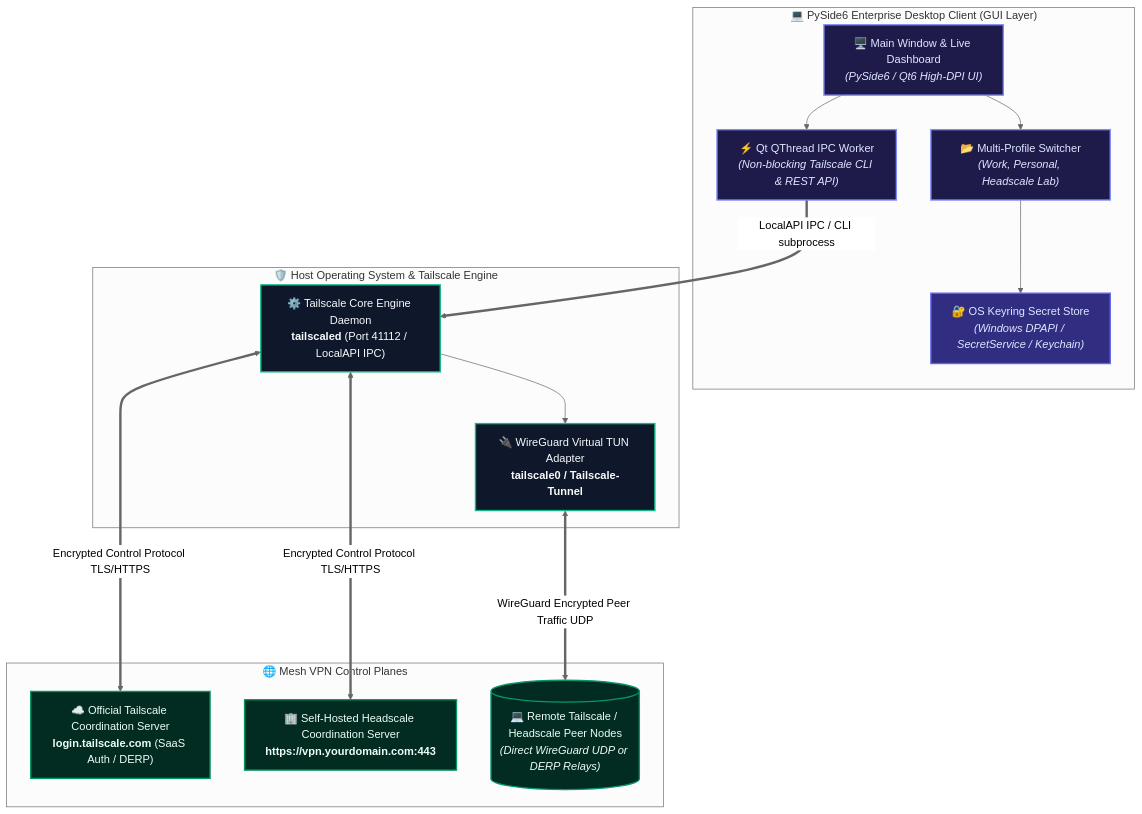
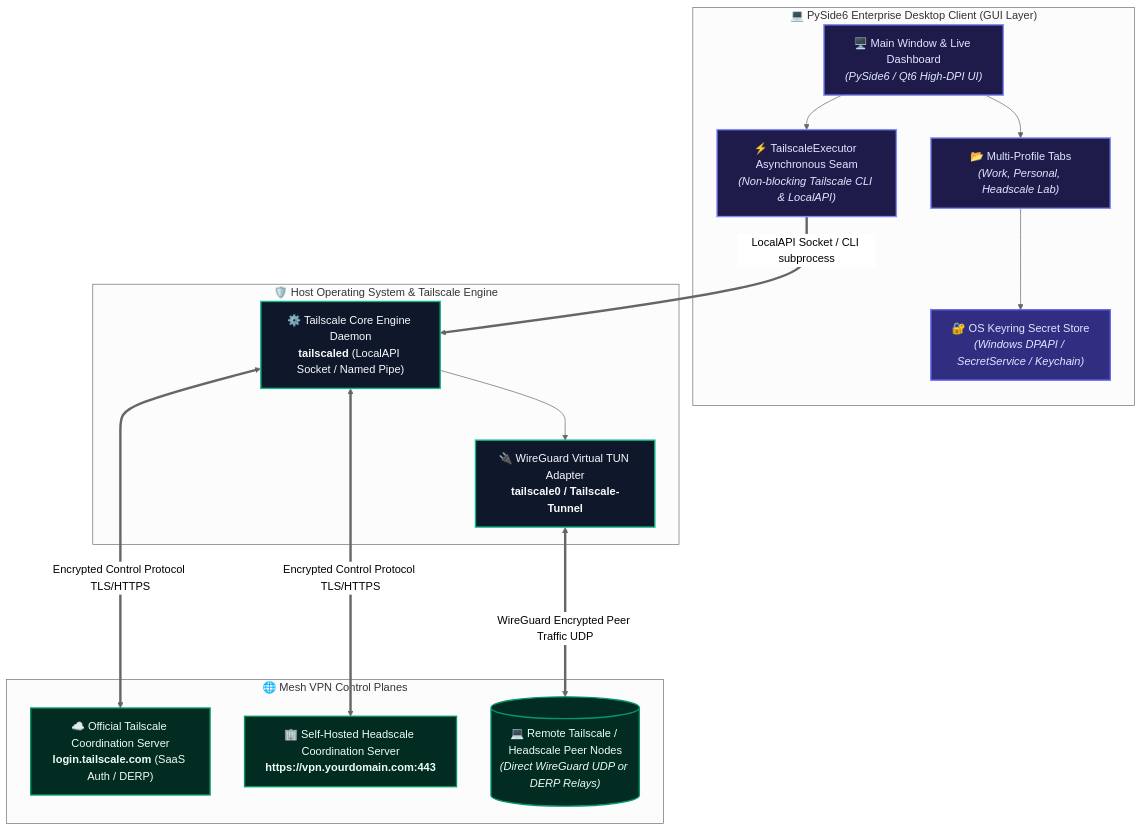
Before and after one commit to Arean82/Tailscale-Headscale-Client: the first of 2 diagrams in Docs/QUICK_START.md, drawn with Mermaid (neutral theme). The commit also changed other lines of this file and 39 other files, not shown here.

````diff
--- a/Docs/QUICK_START.md
+++ b/Docs/QUICK_START.md
@@ -15,34 +14,34 @@
 ```mermaid
 flowchart TD
     classDef client fill:#1e1b4b,stroke:#818cf8,stroke-width:2px,color:#e0e7ff;
     classDef daemon fill:#0f172a,stroke:#10b981,stroke-width:2px,color:#f8fafc;
     classDef mesh fill:#022c22,stroke:#059669,stroke-width:2px,color:#ecfdf5;
     classDef secure fill:#312e81,stroke:#6366f1,stroke-width:2px,color:#e0e7ff;
 
     subgraph Client_App ["💻 PySide6 Enterprise Desktop Client (GUI Layer)"]
         UI["🖥️ Main Window & Live Dashboard<br><i>(PySide6 / Qt6 High-DPI UI)</i>"]:::client
-        PROFILE["📂 Multi-Profile Switcher<br><i>(Work, Personal, Headscale Lab)</i>"]:::client
+        PROFILE["📂 Multi-Profile Tabs<br><i>(Work, Personal, Headscale Lab)</i>"]:::client
         KEYRING["🔐 OS Keyring Secret Store<br><i>(Windows DPAPI / SecretService / Keychain)</i>"]:::secure
-        ASYNC["⚡ Qt QThread IPC Worker<br><i>(Non-blocking Tailscale CLI & REST API)</i>"]:::client
+        ASYNC["⚡ TailscaleExecutor Asynchronous Seam<br><i>(Non-blocking Tailscale CLI & LocalAPI)</i>"]:::client
     end
 
     subgraph Host_OS ["🛡️ Host Operating System & Tailscale Engine"]
-        TAILD["⚙️ Tailscale Core Engine Daemon<br><b>tailscaled</b> (Port 41112 / LocalAPI IPC)"]:::daemon
+        TAILD["⚙️ Tailscale Core Engine Daemon<br><b>tailscaled</b> (LocalAPI Socket / Named Pipe)"]:::daemon
         TUN["🔌 WireGuard Virtual TUN Adapter<br><b>tailscale0 / Tailscale-Tunnel</b>"]:::daemon
     end
 
     subgraph Mesh_Control_Plane ["🌐 Mesh VPN Control Planes"]
         TS_CLOUD["☁️ Official Tailscale Coordination Server<br><b>login.tailscale.com</b> (SaaS Auth / DERP)"]:::mesh
         HS_SELF["🏢 Self-Hosted Headscale Coordination Server<br><b>https://vpn.yourdomain.com:443</b>"]:::mesh
         PEERS[("💻 Remote Tailscale / Headscale Peer Nodes<br><i>(Direct WireGuard UDP or DERP Relays)</i>")]:::mesh
     end
 
     UI --> PROFILE
     PROFILE --> KEYRING
     UI --> ASYNC
-    ASYNC ==>|LocalAPI IPC / CLI subprocess| TAILD
+    ASYNC ==>|LocalAPI Socket / CLI subprocess| TAILD
     TAILD --> TUN
     TAILD <==>|Encrypted Control Protocol TLS/HTTPS| TS_CLOUD
     TAILD <==>|Encrypted Control Protocol TLS/HTTPS| HS_SELF
     TUN <===>|WireGuard Encrypted Peer Traffic UDP| PEERS
 ```
````
